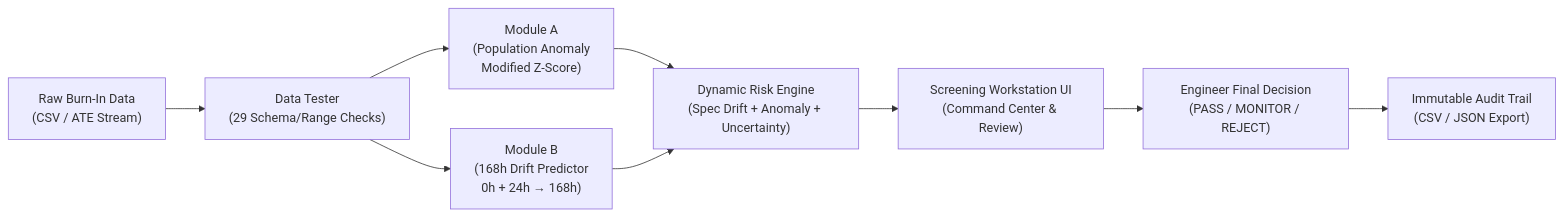
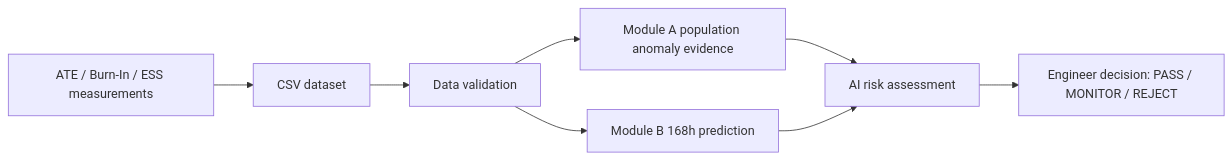
The diagram in README.md (ntw-1/HOPIUM_ntw.dkr), drawn with Mermaid before and after one commit. The commit also changed other lines of this file and 31 other files, not shown here.

````diff
--- a/README.md
+++ b/README.md
@@ -26,11 +11,10 @@
 ```mermaid
 flowchart LR
-    A["Raw Burn-In Data<br/>(CSV / ATE Stream)"] --> B["Data Tester<br/>(29 Schema/Range Checks)"]
-    B --> C["Module A<br/>(Population Anomaly<br/>Modified Z-Score)"]
-    B --> D["Module B<br/>(168h Drift Predictor<br/>0h + 24h &rarr; 168h)"]
-    C --> E["Dynamic Risk Engine<br/>(Spec Drift + Anomaly + Uncertainty)"]
-    D --> E
-    E --> F["Screening Workstation UI<br/>(Command Center & Review)"]
-    F --> G["Engineer Final Decision<br/>(PASS / MONITOR / REJECT)"]
-    G --> H["Immutable Audit Trail<br/>(CSV / JSON Export)"]
+    A[ATE / Burn-In / ESS measurements] --> B[CSV dataset]
+    B --> C[Data validation]
+    C --> D[Module A population anomaly evidence]
+    C --> E[Module B 168h prediction]
+    D --> F[AI risk assessment]
+    E --> F
+    F --> G[Engineer decision: PASS / MONITOR / REJECT]
 ```
````
